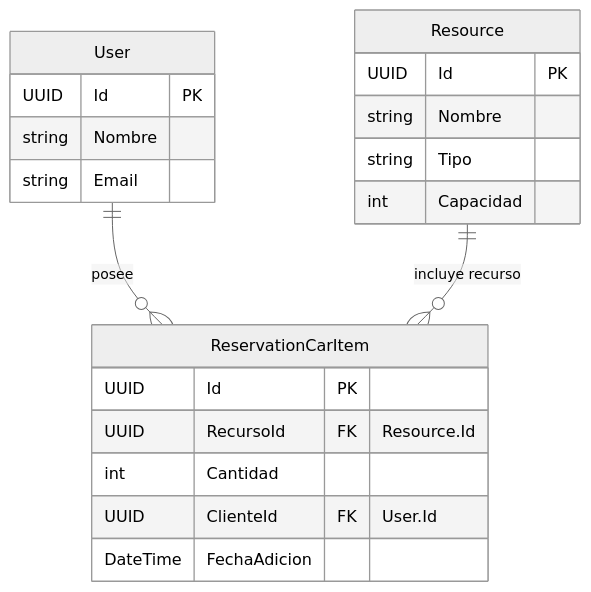
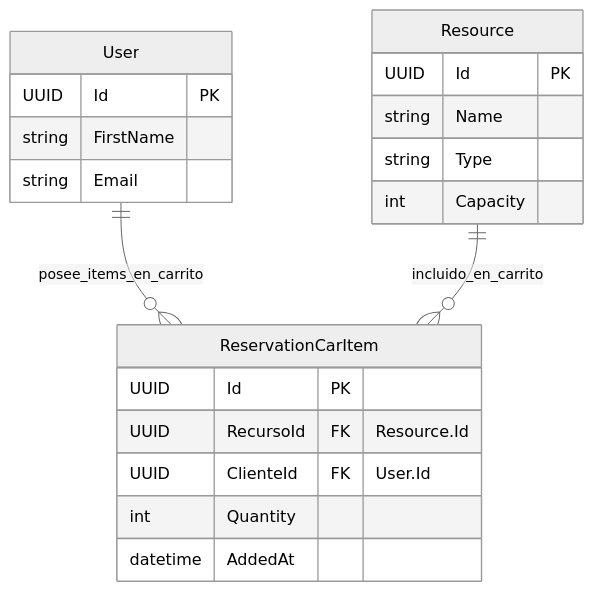
The diagram in docs/backend/models-domain/reservationCarItem.md (jose-angell/EventResourceReservationAppDocs), drawn with Mermaid (neutral theme) before and after one commit. The commit also changed other lines of this file and 7 other files, not shown here.

````diff
--- a/docs/backend/models-domain/reservationCarItem.md
+++ b/docs/backend/models-domain/reservationCarItem.md
@@ -35,25 +35,25 @@
 ```mermaid
 erDiagram
     Resource {
         UUID Id PK
-        string Nombre
-        string Tipo
-        int Capacidad
+        string Name
+        string Type
+        int Capacity
     }
     ReservationCarItem {
         UUID Id PK
         UUID RecursoId FK "Resource.Id"
-        int Cantidad
         UUID ClienteId FK "User.Id"
-        DateTime FechaAdicion
+        int Quantity
+        datetime AddedAt
     }
     User {
         UUID Id PK
-        string Nombre
+        string FirstName
         string Email
     }
-    User ||--o{ ReservationCarItem : "posee"
-    Resource ||--o{ ReservationCarItem : "incluye recurso"
+    User ||--o{ ReservationCarItem : "posee_items_en_carrito"
+    Resource ||--o{ ReservationCarItem : "incluido_en_carrito"
 
 
 ```
````
